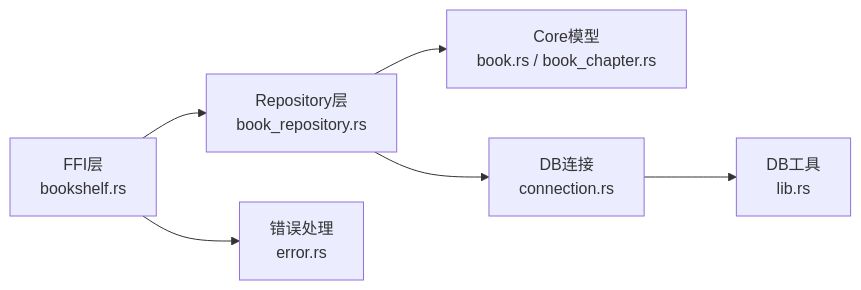
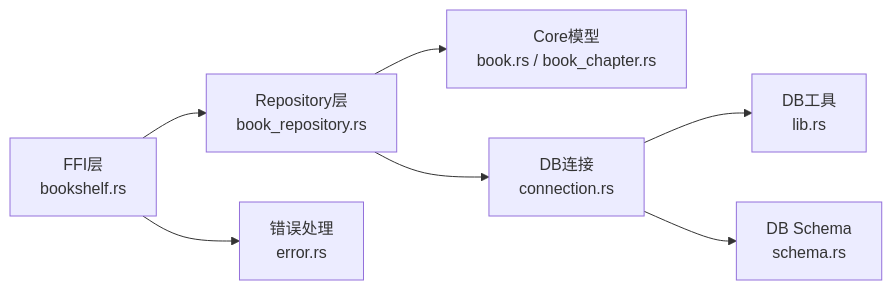
One commit to ZhangGHGitHub/LegadoTeamFlutter changed the seventh of 7 diagrams in .qoder/repowiki/zh/content/Flutter跨平台应用/状态管理/书架Provider/书籍CRUD操作.md. Above: the diagram before and after it, drawn with Mermaid. The commit also changed other lines of this file and 173 other files, not shown here.

````diff
--- a/.qoder/repowiki/zh/content/Flutter跨平台应用/状态管理/书架Provider/书籍CRUD操作.md
+++ b/.qoder/repowiki/zh/content/Flutter跨平台应用/状态管理/书架Provider/书籍CRUD操作.md
@@ -342,8 +363,9 @@
 ```mermaid
 graph LR
 FFI["FFI层<br/>bookshelf.rs"] --> Repo["Repository层<br/>book_repository.rs"]
 Repo --> Model["Core模型<br/>book.rs / book_chapter.rs"]
 Repo --> Conn["DB连接<br/>connection.rs"]
 Conn --> Lib["DB工具<br/>lib.rs"]
+Conn --> Schema["DB Schema<br/>schema.rs"]
 FFI --> Error["错误处理<br/>error.rs"]
 ```
````
